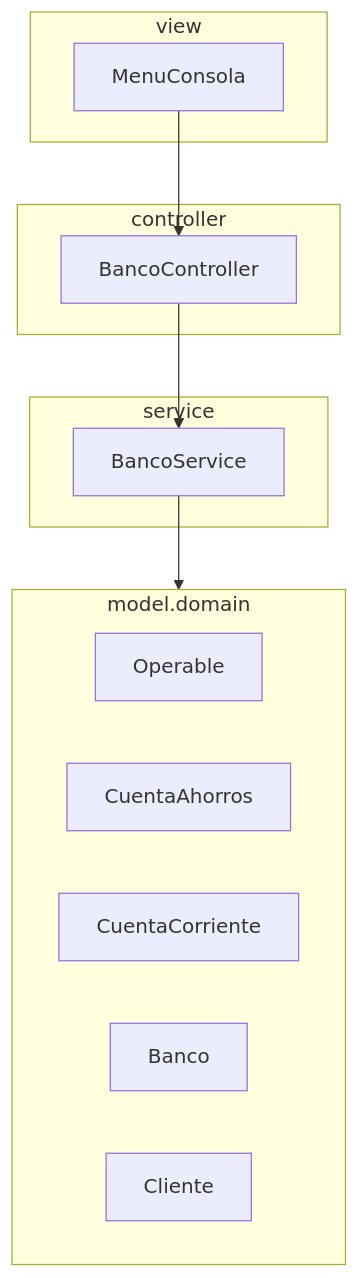
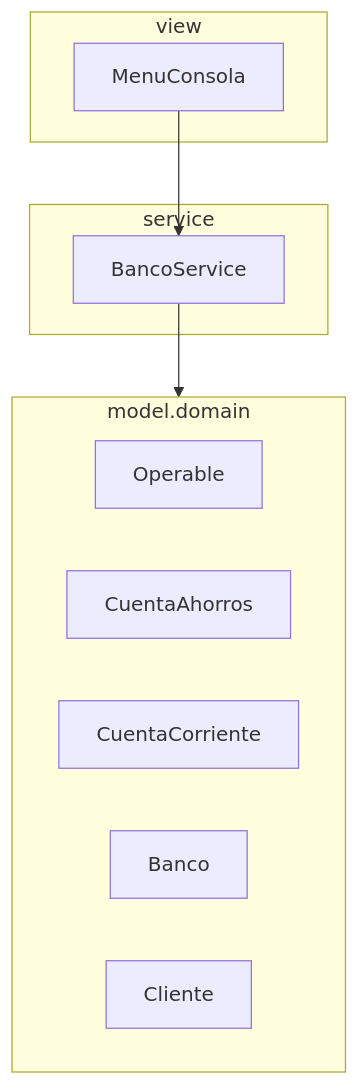
Before and after one commit to santiagoSuarez219/nodo-edu: the fourth of 4 diagrams in content/cursos/estructuras-de-datos/diseno-con-tad-y-orientacion-a-objetos.mdx, drawn with Mermaid. The commit also changed other lines of this file and 19 other files, not shown here.

First line of the commit message:
refactor(estructuras-de-datos): simplify project architecture from four layers to three

````diff
--- a/content/cursos/estructuras-de-datos/diseno-con-tad-y-orientacion-a-objetos.mdx
+++ b/content/cursos/estructuras-de-datos/diseno-con-tad-y-orientacion-a-objetos.mdx
@@ -300,22 +304,18 @@
 ```mermaid
 flowchart TB
   subgraph view["view"]
     V["MenuConsola"]
-  end
-  subgraph controller["controller"]
-    C["BancoController"]
   end
   subgraph service["service"]
     S["BancoService"]
   end
   subgraph modeldomain["model.domain"]
     M1["Operable"]
     M2["CuentaAhorros"]
     M3["CuentaCorriente"]
     M4["Banco"]
     M5["Cliente"]
   end
-  V --> C
-  C --> S
+  V --> S
   S --> modeldomain
 ```
````
